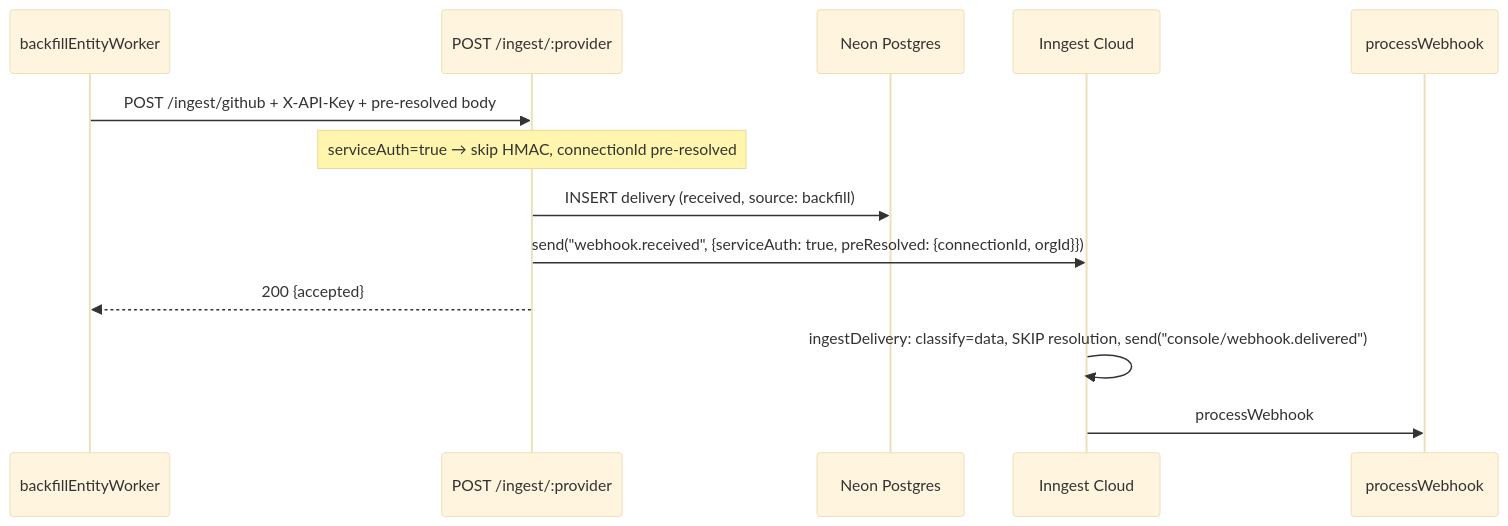
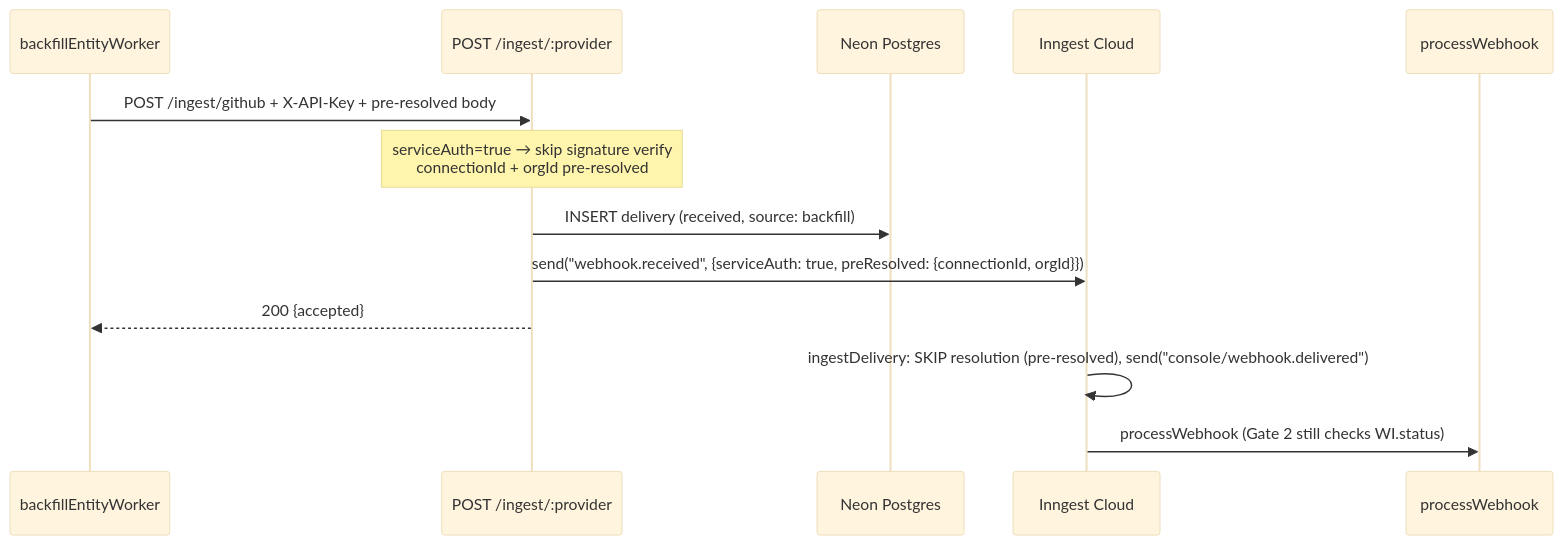
The ninth of 10 diagrams in thoughts/shared/plans/2026-03-18-platform-architecture-redesign.md (lightfastai/lightfast), drawn with Mermaid (base theme) before and after one commit. The commit also changed other lines of this file, not shown here.

First line of the commit message:
docs(thoughts): align platform plan with provider architecture redesign

````diff
--- a/thoughts/shared/plans/2026-03-18-platform-architecture-redesign.md
+++ b/thoughts/shared/plans/2026-03-18-platform-architecture-redesign.md
@@ -601,17 +651,17 @@
 ```mermaid
 sequenceDiagram
     participant WORKER as backfillEntityWorker
     participant PLAT as POST /ingest/:provider
     participant DB as Neon Postgres
     participant INN as Inngest Cloud
     participant CONSOLE as processWebhook
 
     WORKER->>PLAT: POST /ingest/github + X-API-Key + pre-resolved body
-    Note over PLAT: serviceAuth=true → skip HMAC, connectionId pre-resolved
+    Note over PLAT: serviceAuth=true → skip signature verify<br/>connectionId + orgId pre-resolved
     PLAT->>DB: INSERT delivery (received, source: backfill)
     PLAT->>INN: send("webhook.received", {serviceAuth: true, preResolved: {connectionId, orgId}})
     PLAT-->>WORKER: 200 {accepted}
 
-    INN->>INN: ingestDelivery: classify=data, SKIP resolution, send("console/webhook.delivered")
-    INN->>CONSOLE: processWebhook
+    INN->>INN: ingestDelivery: SKIP resolution (pre-resolved), send("console/webhook.delivered")
+    INN->>CONSOLE: processWebhook (Gate 2 still checks WI.status)
 ```
````
